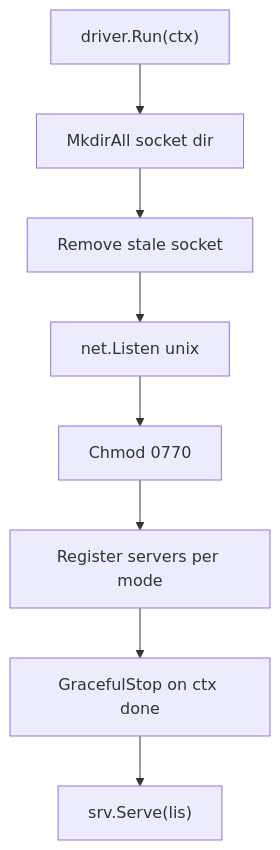
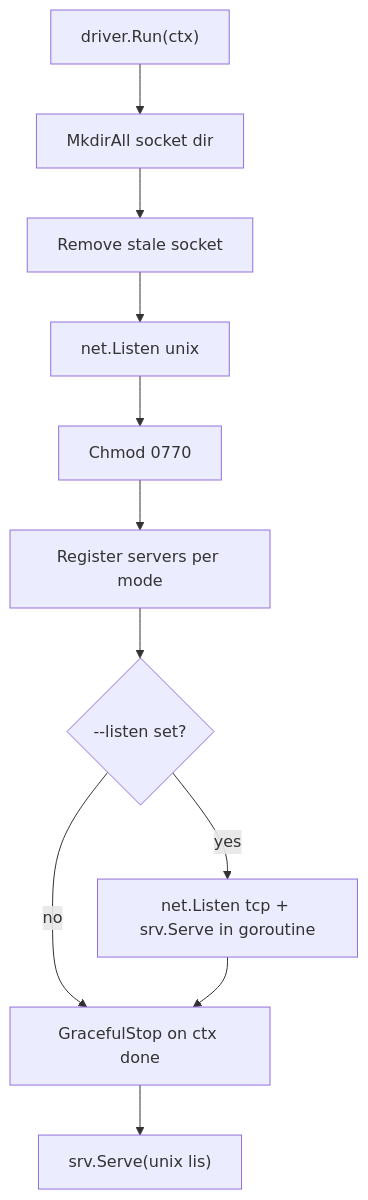
One commit to timpa0130/nvmeof-csi changed the diagram in design/csi-server-design.md. Above: the diagram before and after it, drawn with Mermaid. The commit also changed other lines of this file and 9 other files, not shown here.

First line of the commit message:
feat: serve gRPC over TCP; fix kubelet-facing chart wiring

````diff
--- a/design/csi-server-design.md
+++ b/design/csi-server-design.md
@@ -34,10 +38,13 @@
 ```mermaid
 flowchart TD
     R["driver.Run(ctx)"] --> MKDIR["MkdirAll socket dir"]
     MKDIR --> RM["Remove stale socket"]
     RM --> LISTEN["net.Listen unix"]
     LISTEN --> CHMOD["Chmod 0770"]
     CHMOD --> REG["Register servers per mode"]
-    REG --> GRACE["GracefulStop on ctx done"]
-    GRACE --> SERVE["srv.Serve(lis)"]
+    REG --> TCP{"--listen set?"}
+    TCP -->|"yes"| TCPLIS["net.Listen tcp + srv.Serve in goroutine"]
+    TCP -->|"no"| GRACE
+    TCPLIS --> GRACE["GracefulStop on ctx done"]
+    GRACE --> SERVE["srv.Serve(unix lis)"]
 ```
````
